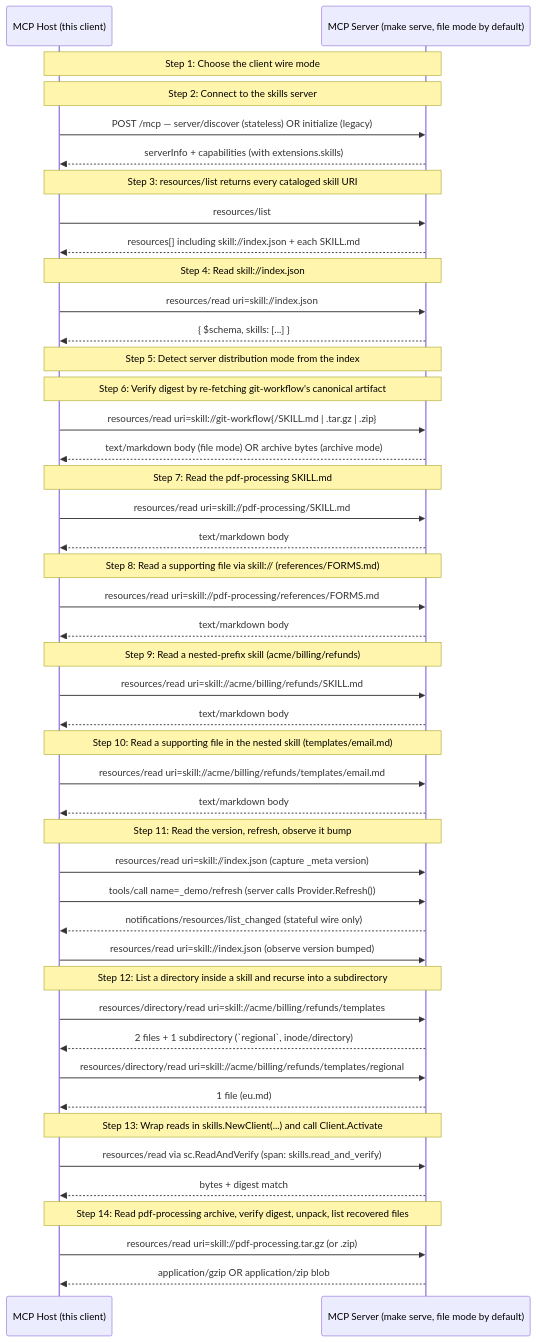
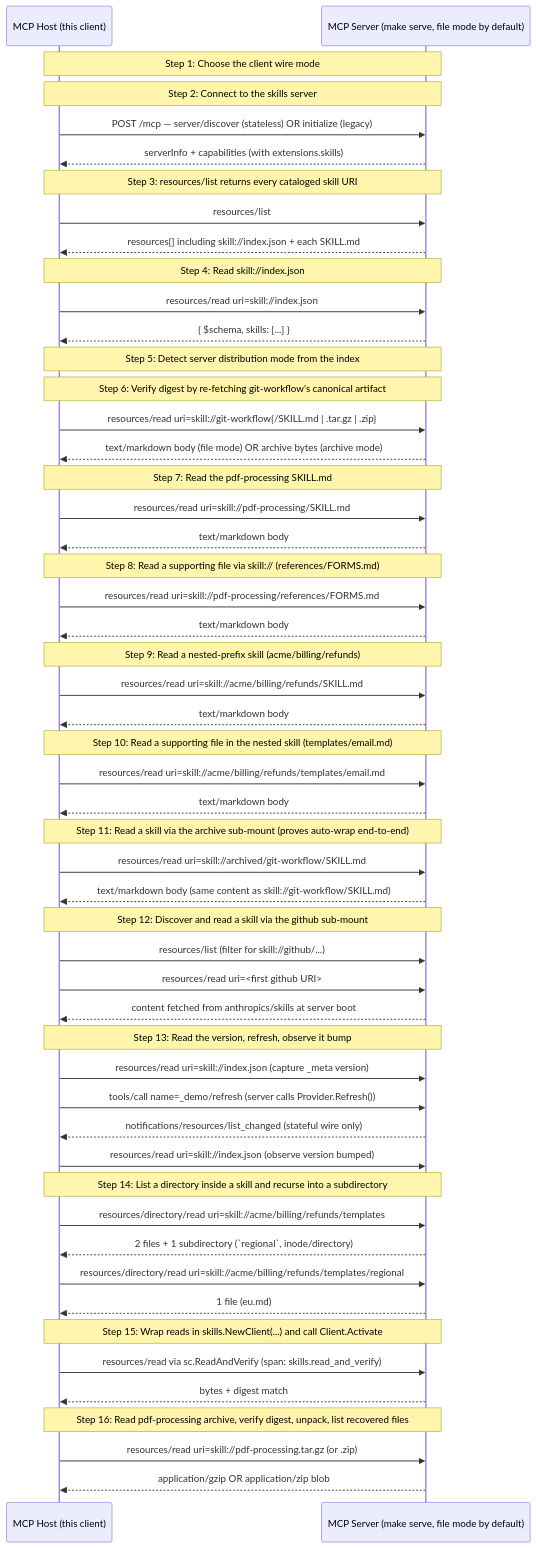
Before and after one commit to panyam/mcpkit: the diagram in examples/skills/WALKTHROUGH.md, drawn with Mermaid. The commit also changed other lines of this file and 1 other file, not shown here.

````diff
--- a/examples/skills/WALKTHROUGH.md
+++ b/examples/skills/WALKTHROUGH.md
@@ -24,61 +26,70 @@
 ```mermaid
 sequenceDiagram
     participant Host as MCP Host (this client)
     participant Server as MCP Server (make serve, file mode by default)
 
     Note over Host,Server: Step 1: Choose the client wire mode
 
     Note over Host,Server: Step 2: Connect to the skills server
     Host->>Server: POST /mcp — server/discover (stateless) OR initialize (legacy)
     Server-->>Host: serverInfo + capabilities (with extensions.skills)
 
     Note over Host,Server: Step 3: resources/list returns every cataloged skill URI
     Host->>Server: resources/list
     Server-->>Host: resources[] including skill://index.json + each SKILL.md
 
     Note over Host,Server: Step 4: Read skill://index.json
     Host->>Server: resources/read uri=skill://index.json
     Server-->>Host: { $schema, skills: [...] }
 
     Note over Host,Server: Step 5: Detect server distribution mode from the index
 
     Note over Host,Server: Step 6: Verify digest by re-fetching git-workflow's canonical artifact
     Host->>Server: resources/read uri=skill://git-workflow{/SKILL.md | .tar.gz | .zip}
     Server-->>Host: text/markdown body (file mode) OR archive bytes (archive mode)
 
     Note over Host,Server: Step 7: Read the pdf-processing SKILL.md
     Host->>Server: resources/read uri=skill://pdf-processing/SKILL.md
     Server-->>Host: text/markdown body
 
     Note over Host,Server: Step 8: Read a supporting file via skill:// (references/FORMS.md)
     Host->>Server: resources/read uri=skill://pdf-processing/references/FORMS.md
     Server-->>Host: text/markdown body
 
     Note over Host,Server: Step 9: Read a nested-prefix skill (acme/billing/refunds)
     Host->>Server: resources/read uri=skill://acme/billing/refunds/SKILL.md
     Server-->>Host: text/markdown body
 
     Note over Host,Server: Step 10: Read a supporting file in the nested skill (templates/email.md)
     Host->>Server: resources/read uri=skill://acme/billing/refunds/templates/email.md
     Server-->>Host: text/markdown body
 
-    Note over Host,Server: Step 11: Read the version, refresh, observe it bump
+    Note over Host,Server: Step 11: Read a skill via the archive sub-mount (proves auto-wrap end-to-end)
+    Host->>Server: resources/read uri=skill://archived/git-workflow/SKILL.md
+    Server-->>Host: text/markdown body (same content as skill://git-workflow/SKILL.md)
+
+    Note over Host,Server: Step 12: Discover and read a skill via the github sub-mount
+    Host->>Server: resources/list (filter for skill://github/...)
+    Host->>Server: resources/read uri=<first github URI>
+    Server-->>Host: content fetched from anthropics/skills at server boot
+
+    Note over Host,Server: Step 13: Read the version, refresh, observe it bump
     Host->>Server: resources/read uri=skill://index.json (capture _meta version)
     Host->>Server: tools/call name=_demo/refresh (server calls Provider.Refresh())
     Server-->>Host: notifications/resources/list_changed (stateful wire only)
     Host->>Server: resources/read uri=skill://index.json (observe version bumped)
 
-    Note over Host,Server: Step 12: List a directory inside a skill and recurse into a subdirectory
+    Note over Host,Server: Step 14: List a directory inside a skill and recurse into a subdirectory
     Host->>Server: resources/directory/read uri=skill://acme/billing/refunds/templates
     Server-->>Host: 2 files + 1 subdirectory (`regional`, inode/directory)
     Host->>Server: resources/directory/read uri=skill://acme/billing/refunds/templates/regional
     Server-->>Host: 1 file (eu.md)
 
-    Note over Host,Server: Step 13: Wrap reads in skills.NewClient(...) and call Client.Activate
+    Note over Host,Server: Step 15: Wrap reads in skills.NewClient(...) and call Client.Activate
     Host->>Server: resources/read via sc.ReadAndVerify (span: skills.read_and_verify)
     Server-->>Host: bytes + digest match
 
-    Note over Host,Server: Step 14: Read pdf-processing archive, verify digest, unpack, list recovered files
+    Note over Host,Server: Step 16: Read pdf-processing archive, verify digest, unpack, list recovered files
     Host->>Server: resources/read uri=skill://pdf-processing.tar.gz (or .zip)
     Server-->>Host: application/gzip OR application/zip blob
 ```
````
